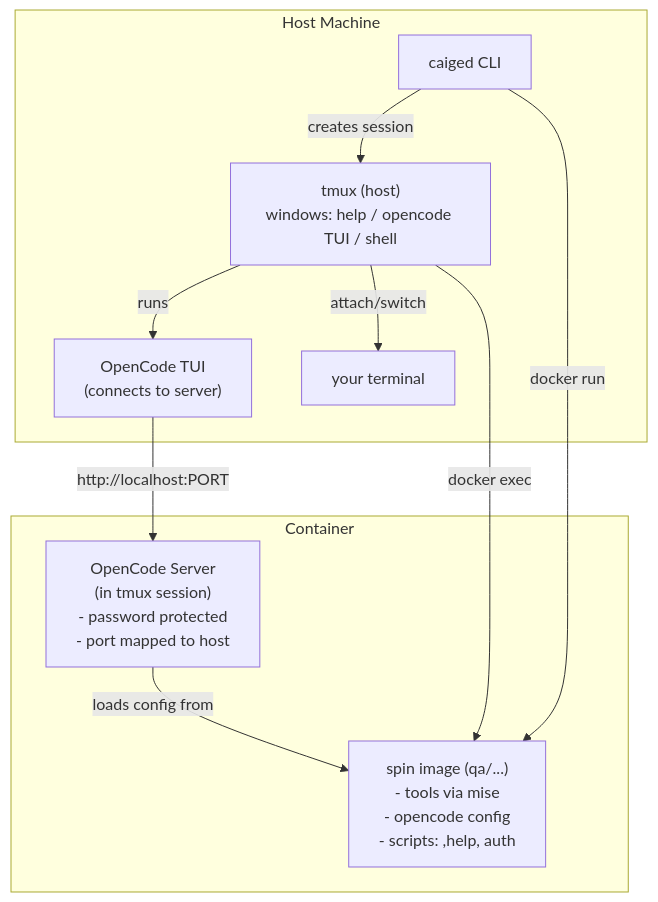
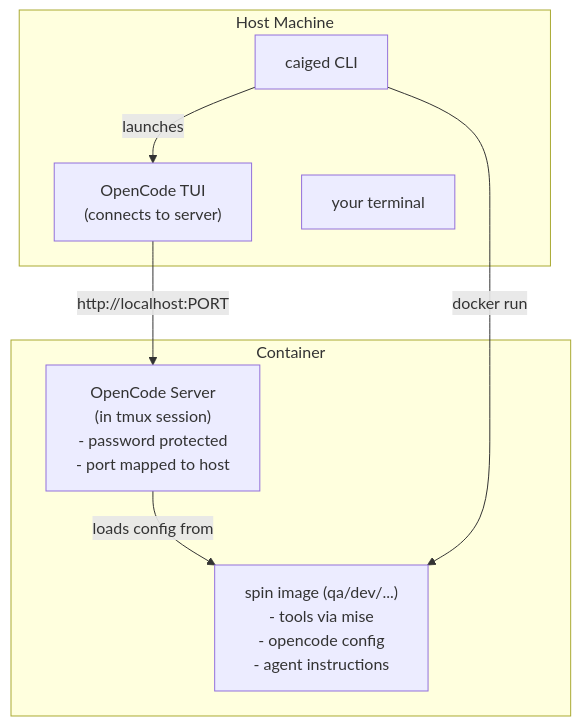
The diagram in README.md (david-krentzlin/caiged), drawn with Mermaid before and after one commit. The commit also changed other lines of this file and 2 other files, not shown here.

````diff
--- a/README.md
+++ b/README.md
@@ -120,22 +133,18 @@
 ```mermaid
 flowchart TB
   subgraph Host[Host Machine]
     CLI[caiged CLI]
-    TMUX["tmux (host)<br/>windows: help / opencode TUI / shell"]
     TUI["OpenCode TUI<br/>(connects to server)"]
     TERM[your terminal]
-    CLI -->|creates session| TMUX
-    TMUX -->|runs| TUI
-    TMUX -->|attach/switch| TERM
+    CLI -->|launches| TUI
   end
 
   subgraph Container[Container]
     SERVER["OpenCode Server<br/>(in tmux session)<br/>- password protected<br/>- port mapped to host"]
-    IMG["spin image (qa/...)<br/>- tools via mise<br/>- opencode config<br/>- scripts: ,help, auth"]
+    IMG["spin image (qa/dev/...)<br/>- tools via mise<br/>- opencode config<br/>- agent instructions"]
     SERVER -->|loads config from| IMG
   end
 
   CLI -->|docker run| IMG
   TUI -->|http://localhost:PORT| SERVER
-  TMUX -->|docker exec| IMG
 ```
````
